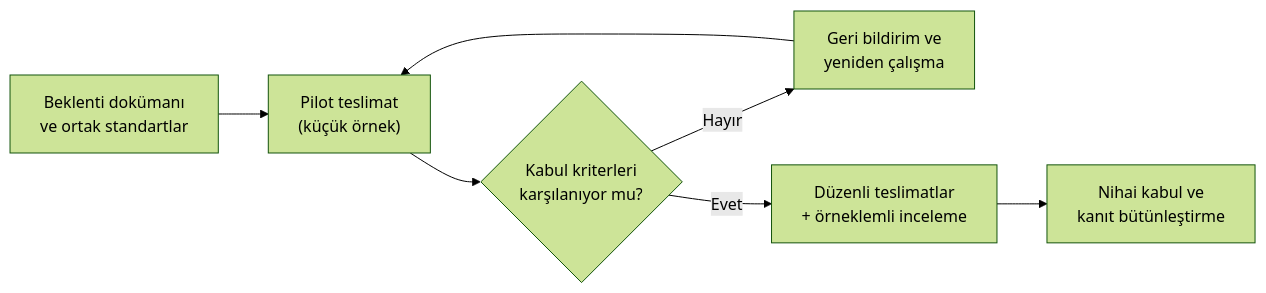
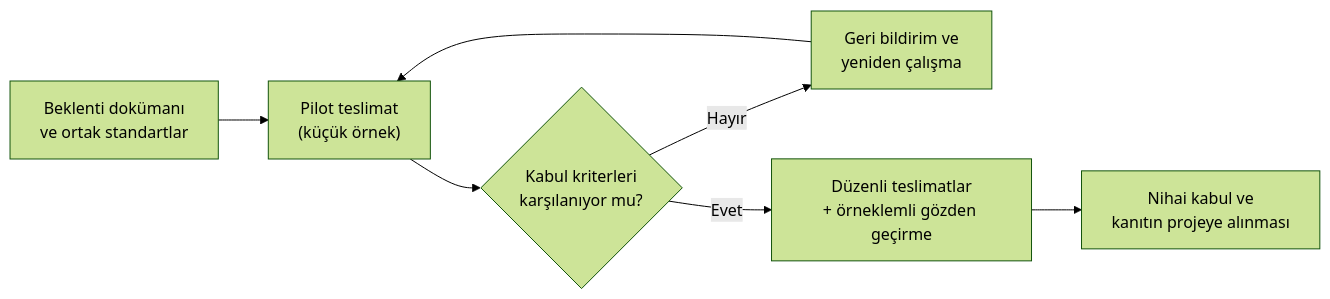
The diagram in kitap/05-ozel-konular/26-dis-kaynak-kullanimi.md (Mavrikant/aviyonikyazilim), drawn with Mermaid (forest theme) before and after one commit. The commit also changed other lines of this file and 35 other files, not shown here.

````diff
--- a/kitap/05-ozel-konular/26-dis-kaynak-kullanimi.md
+++ b/kitap/05-ozel-konular/26-dis-kaynak-kullanimi.md
@@ -151,9 +300,9 @@
 ```mermaid
 flowchart LR
   A["Beklenti dokümanı<br/>ve ortak standartlar"] --> B["Pilot teslimat<br/>(küçük örnek)"]
   B --> C{"Kabul kriterleri<br/>karşılanıyor mu?"}
   C -- Hayır --> D["Geri bildirim ve<br/>yeniden çalışma"]
   D --> B
-  C -- Evet --> E["Düzenli teslimatlar<br/>+ örneklemli inceleme"]
-  E --> F["Nihai kabul ve<br/>kanıt bütünleştirme"]
+  C -- Evet --> E["Düzenli teslimatlar<br/>+ örneklemli gözden geçirme"]
+  E --> F["Nihai kabul ve<br/>kanıtın projeye alınması"]
 ```
````
